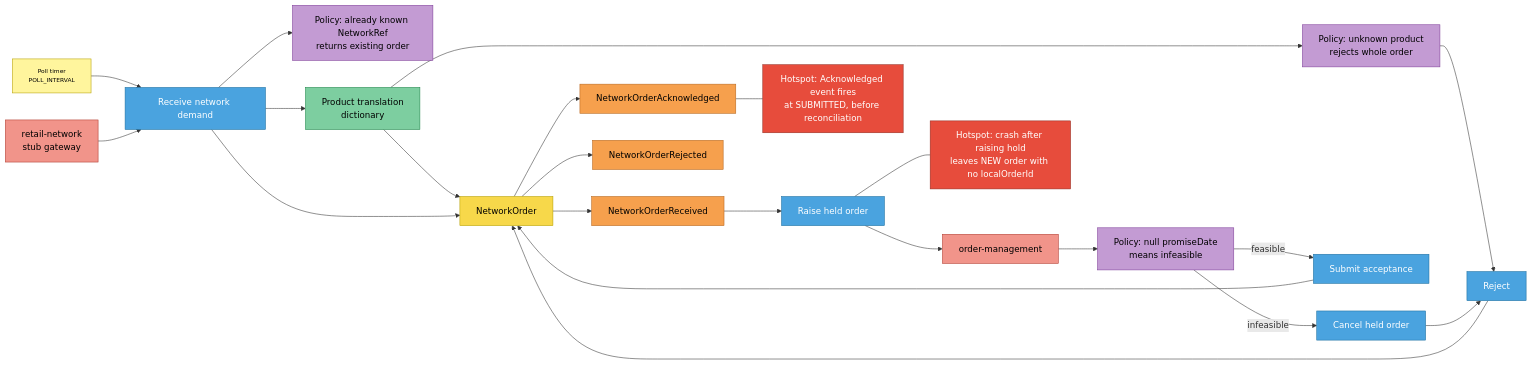
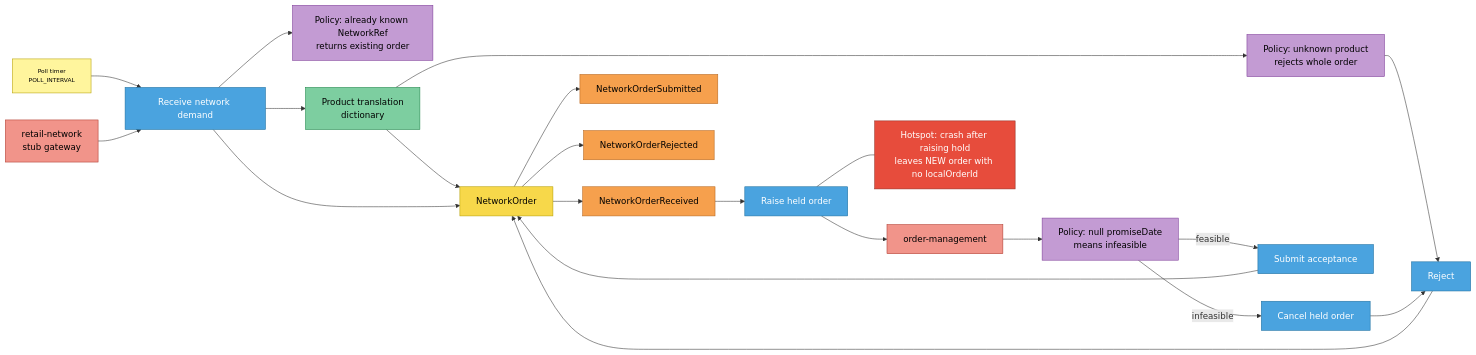
Before and after one commit to IQVO/warehouse-docs: the second of 5 diagrams in docs/contexts/network-fulfillment/eventstorming.md, drawn with Mermaid. The commit also changed other lines of this file and 318 other files, not shown here.

````diff
--- a/docs/contexts/network-fulfillment/eventstorming.md
+++ b/docs/contexts/network-fulfillment/eventstorming.md
@@ -42,52 +42,50 @@
 ```mermaid
 flowchart LR
     T["Poll timer<br/>POLL_INTERVAL"]:::actor
     NW["retail-network<br/>stub gateway"]:::external
     C1["Receive network demand"]:::command
     POL0["Policy: already known NetworkRef<br/>returns existing order"]:::policy
     PT["Product translation<br/>dictionary"]:::readmodel
     G1["NetworkOrder"]:::aggregate
     E1["NetworkOrderReceived"]:::event
     OM["order-management"]:::external
     C2["Raise held order"]:::command
     POL1["Policy: unknown product<br/>rejects whole order"]:::policy
     POL2["Policy: null promiseDate<br/>means infeasible"]:::policy
     C3["Submit acceptance"]:::command
     C4["Reject"]:::command
-    E2["NetworkOrderAcknowledged"]:::event
+    E2["NetworkOrderSubmitted"]:::event
     E3["NetworkOrderRejected"]:::event
     C5["Cancel held order"]:::command
-    H1["Hotspot: Acknowledged event fires<br/>at SUBMITTED, before reconciliation"]:::hotspot
     H2["Hotspot: crash after raising hold<br/>leaves NEW order with no localOrderId"]:::hotspot
 
     T --> C1
     NW --> C1
     C1 --> POL0
     C1 --> PT
     PT --> G1
     C1 --> G1
     G1 --> E1
     PT --> POL1
     POL1 --> C4
     E1 --> C2
     C2 --> OM
     OM --> POL2
     POL2 -->|feasible| C3
     POL2 -->|infeasible| C5
     C5 --> C4
     C3 --> G1
     C4 --> G1
     G1 --> E2
     G1 --> E3
-    E2 --- H1
     C2 --- H2
 
     classDef actor fill:#fff59d,stroke:#b59f00,color:#000,font-size:11px
     classDef command fill:#4aa3df,stroke:#1f6f9f,color:#fff
     classDef aggregate fill:#f7d84a,stroke:#b59f00,color:#000
     classDef event fill:#f6a04d,stroke:#b5651d,color:#000
     classDef policy fill:#c39bd3,stroke:#7d3c98,color:#000
     classDef readmodel fill:#7dcea0,stroke:#1e8449,color:#000
     classDef external fill:#f1948a,stroke:#b03a2e,color:#000
     classDef hotspot fill:#e74c3c,stroke:#922b21,color:#fff
 ```
````
